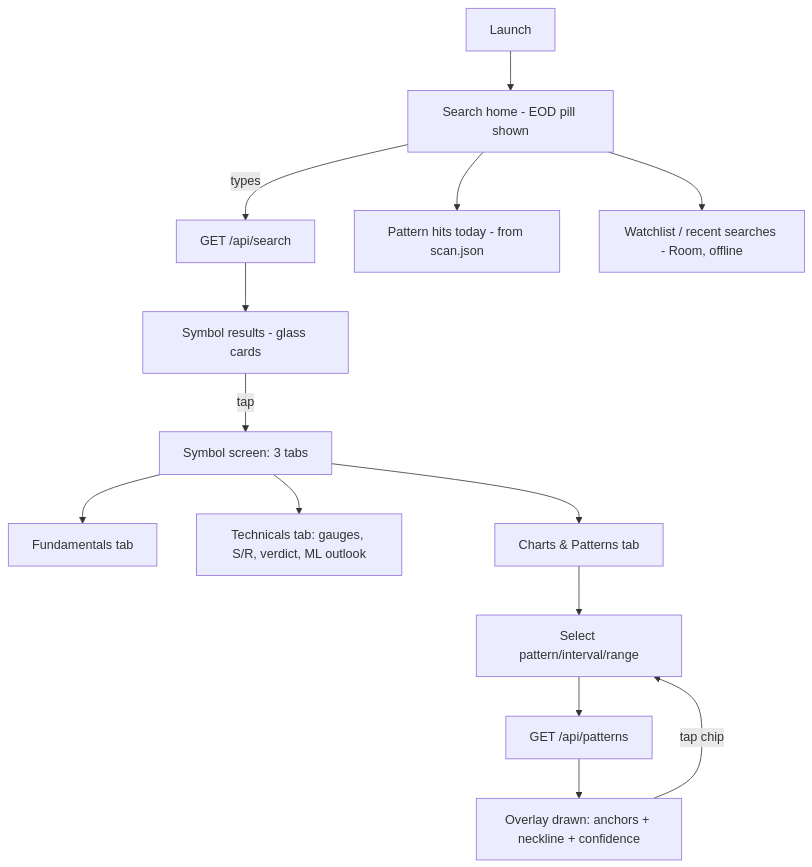
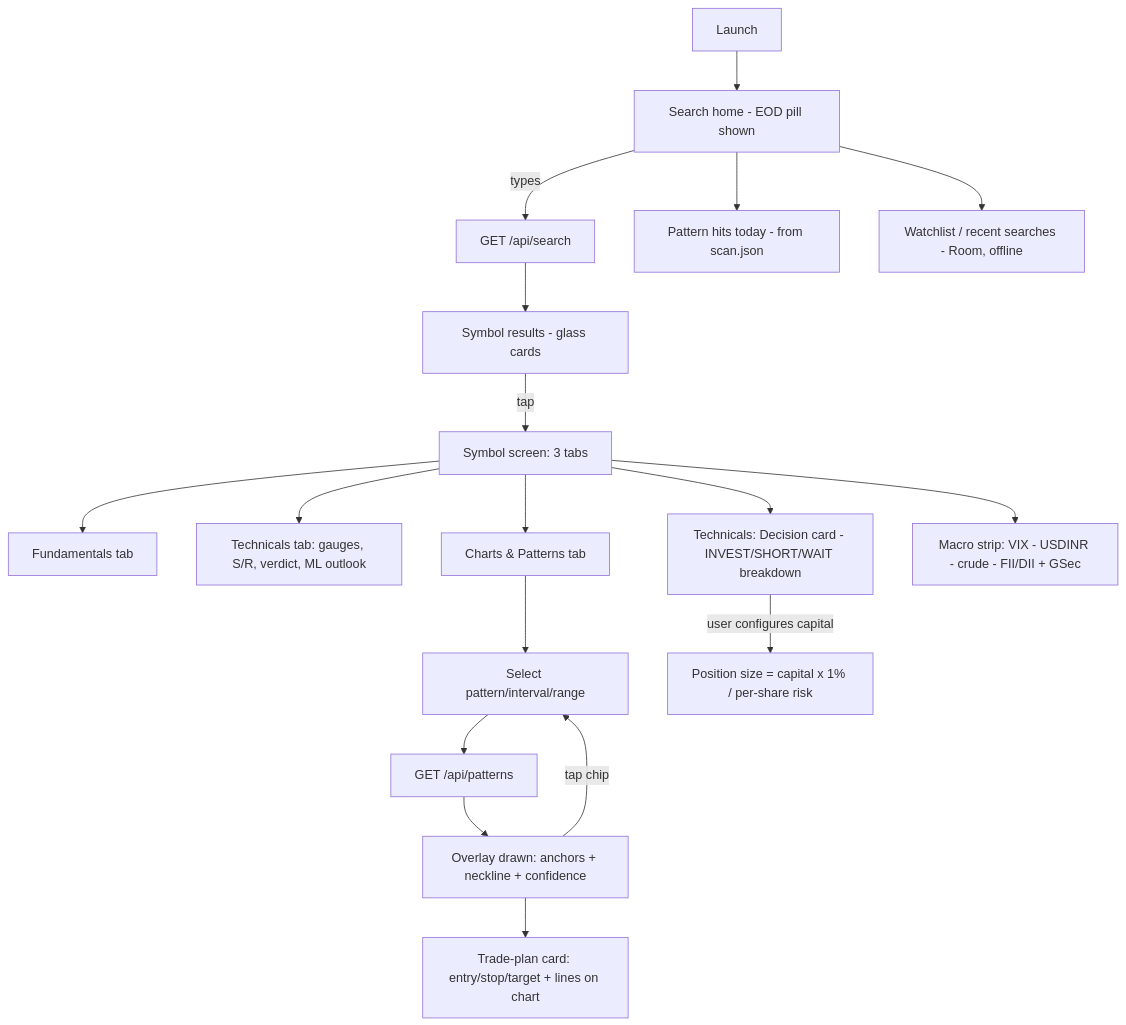
The second of 6 diagrams in design/plan.md (5r1n1dh1/TechnicalPatternAnalysis), drawn with Mermaid before and after one commit. The commit also changed other lines of this file and 2 other files, not shown here.

Commit message:
Integrate curated book: decision engine, valuation+DCF, trade plans, structure rules, book-spec distillation

````diff
--- a/design/plan.md
+++ b/design/plan.md
@@ -349,16 +377,20 @@
 ```mermaid
 flowchart TD
     A[Launch] --> B[Search home - EOD pill shown]
     B -->|types| C[GET /api/search]
     C --> D[Symbol results - glass cards]
     D -->|tap| E[Symbol screen: 3 tabs]
     E --> F[Fundamentals tab]
     E --> G[Technicals tab: gauges, S/R, verdict, ML outlook]
     E --> H[Charts & Patterns tab]
     H --> I[Select pattern/interval/range]
     I --> J[GET /api/patterns]
     J --> K[Overlay drawn: anchors + neckline + confidence]
     K -->|tap chip| I
+    K --> M2[Trade-plan card: entry/stop/target + lines on chart]
     B --> L[Pattern hits today - from scan.json]
+    E --> N[Technicals: Decision card - INVEST/SHORT/WAIT breakdown]
+    E --> O[Macro strip: VIX - USDINR - crude - FII/DII + GSec]
+    N -->|user configures capital| P[Position size = capital x 1% / per-share risk]
     B --> M[Watchlist / recent searches - Room, offline]
 ```
````
